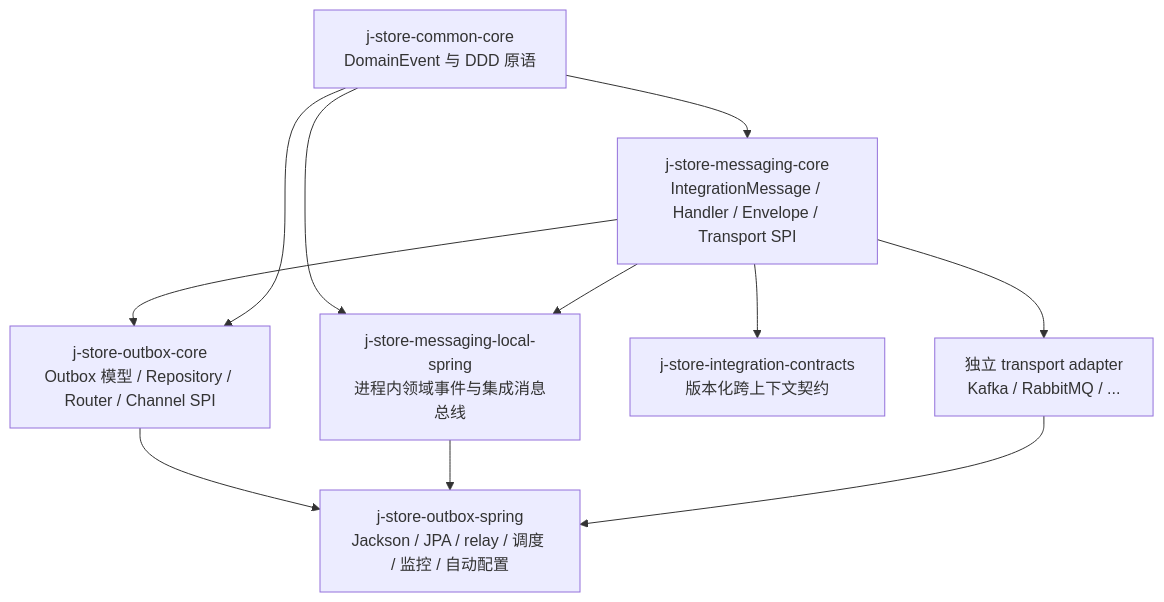
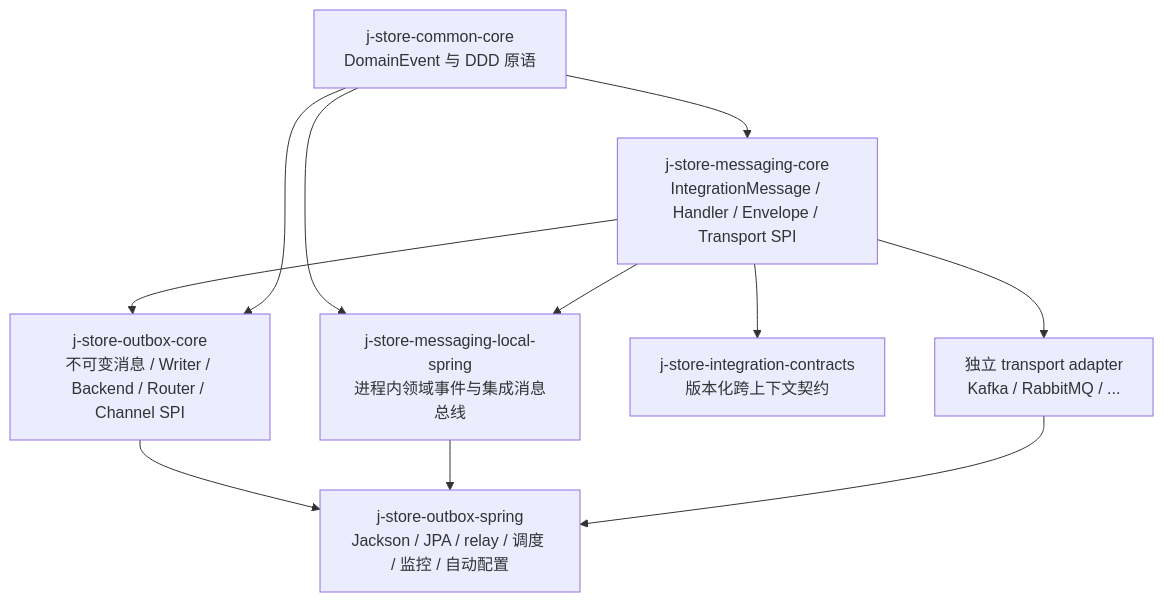
The first of 3 diagrams in docs/technic/领域事件基础设施架构.md (ddd-mall/j-store), drawn with Mermaid before and after one commit. The commit also changed other lines of this file and 49 other files, not shown here.

Commit message:
refactor(outbox): separate publication contracts from polling backend

````diff
--- a/docs/technic/领域事件基础设施架构.md
+++ b/docs/technic/领域事件基础设施架构.md
@@ -13,21 +34,21 @@
 ```mermaid
 flowchart TB
     Common["j-store-common-core<br/>DomainEvent 与 DDD 原语"]
     Messaging["j-store-messaging-core<br/>IntegrationMessage / Handler / Envelope / Transport SPI"]
-    OutboxCore["j-store-outbox-core<br/>Outbox 模型 / Repository / Router / Channel SPI"]
+    OutboxCore["j-store-outbox-core<br/>不可变消息 / Writer / Backend / Router / Channel SPI"]
     Local["j-store-messaging-local-spring<br/>进程内领域事件与集成消息总线"]
     OutboxSpring["j-store-outbox-spring<br/>Jackson / JPA / relay / 调度 / 监控 / 自动配置"]
     Contracts["j-store-integration-contracts<br/>版本化跨上下文契约"]
     Adapter["独立 transport adapter<br/>Kafka / RabbitMQ / ..."]
 
     Common --> Messaging
     Messaging --> Contracts
     Messaging --> OutboxCore
     Common --> OutboxCore
     Common --> Local
     Messaging --> Local
     OutboxCore --> OutboxSpring
     Local --> OutboxSpring
     Messaging --> Adapter
     Adapter --> OutboxSpring
 ```
````
